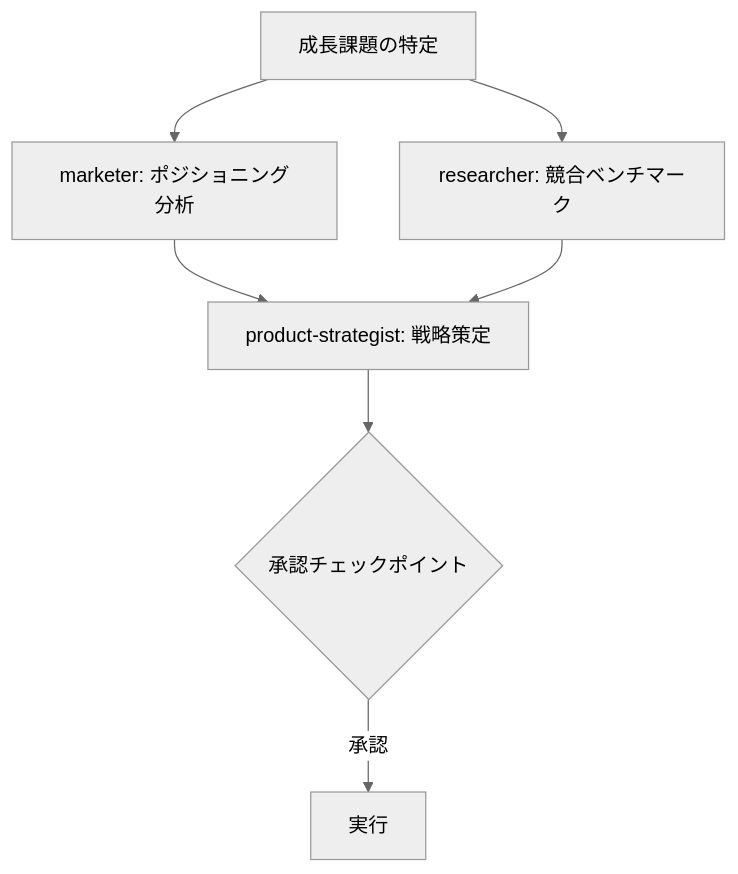
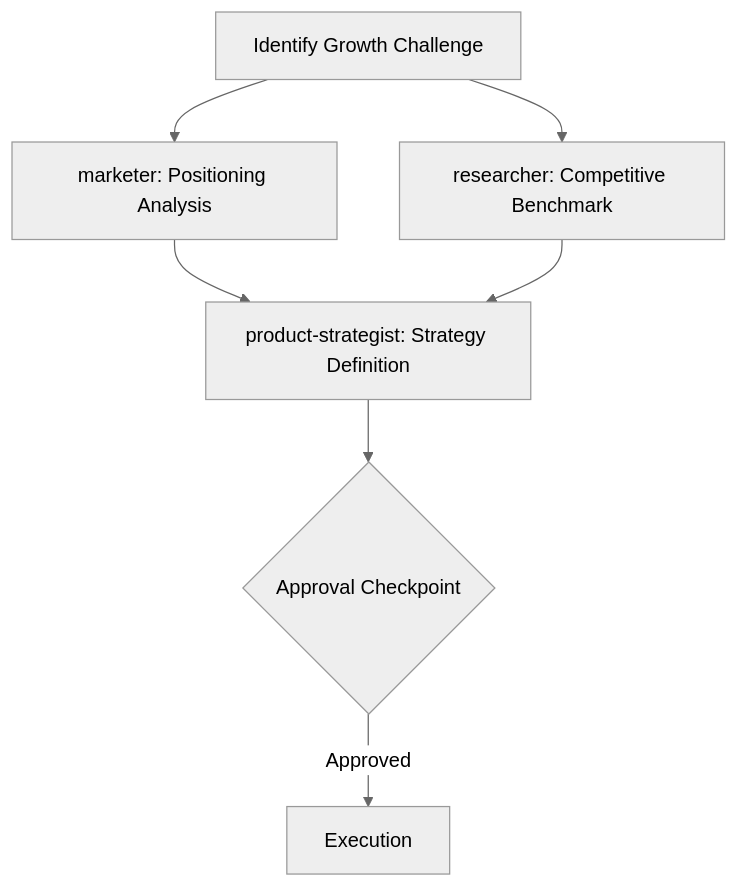
One commit to kato83/mayu changed the sixth of 6 diagrams in .kiro/steering/agent-workflows.md. Above: the diagram before and after it, drawn with Mermaid (neutral theme). The commit also changed other lines of this file and 12 other files, not shown here.

````diff
--- a/.kiro/steering/agent-workflows.md
+++ b/.kiro/steering/agent-workflows.md
@@ -434,9 +438,9 @@
 ```mermaid
 graph TD
-    A[成長課題の特定] --> B[marketer: ポジショニング分析]
-    A --> C[researcher: 競合ベンチマーク]
-    B --> D[product-strategist: 戦略策定]
+    A[Identify Growth Challenge] --> B[marketer: Positioning Analysis]
+    A --> C[researcher: Competitive Benchmark]
+    B --> D[product-strategist: Strategy Definition]
     C --> D
-    D --> E{承認チェックポイント}
-    E -->|承認| F[実行]
+    D --> E{Approval Checkpoint}
+    E -->|Approved| F[Execution]
 ```
````
